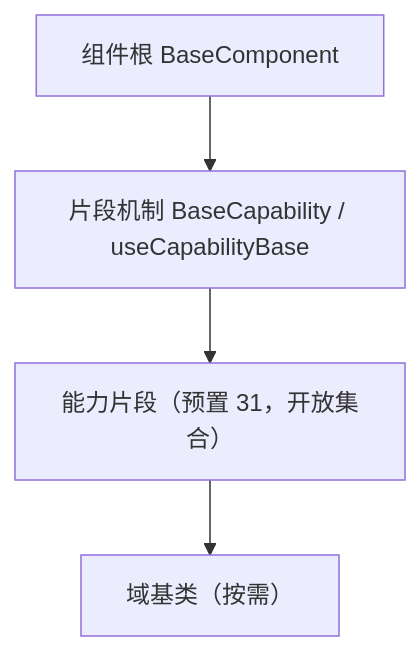
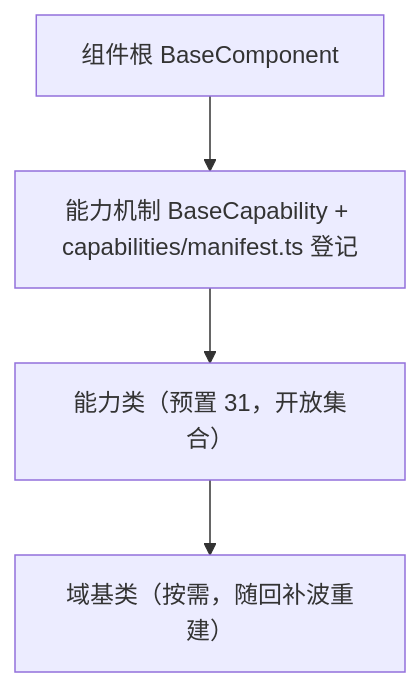
One commit to minjian123/basic-management-system changed the diagram in bms文档/设计/组件设计/02_基础组件类/01_机制基类/03_组件设计_片段机制/03_组件设计_片段机制.md. Above: the diagram before and after it, drawn with Mermaid. The commit also changed other lines of this file and 49 other files, not shown here.

````diff
--- a/bms文档/设计/组件设计/02_基础组件类/01_机制基类/03_组件设计_片段机制/03_组件设计_片段机制.md
+++ b/bms文档/设计/组件设计/02_基础组件类/01_机制基类/03_组件设计_片段机制/03_组件设计_片段机制.md
@@ -15,6 +15,6 @@
 ```mermaid
 flowchart TD
-    COMP["组件根 BaseComponent"] --> CAP["片段机制 BaseCapability / useCapabilityBase"]
-    CAP --> CAPS["能力片段（预置 31，开放集合）"]
-    CAPS --> DOM["域基类（按需）"]
+    COMP["组件根 BaseComponent"] --> CAP["能力机制 BaseCapability + capabilities/manifest.ts 登记"]
+    CAP --> CAPS["能力类（预置 31，开放集合）"]
+    CAPS --> DOM["域基类（按需，随回补波重建）"]
 ```
````
